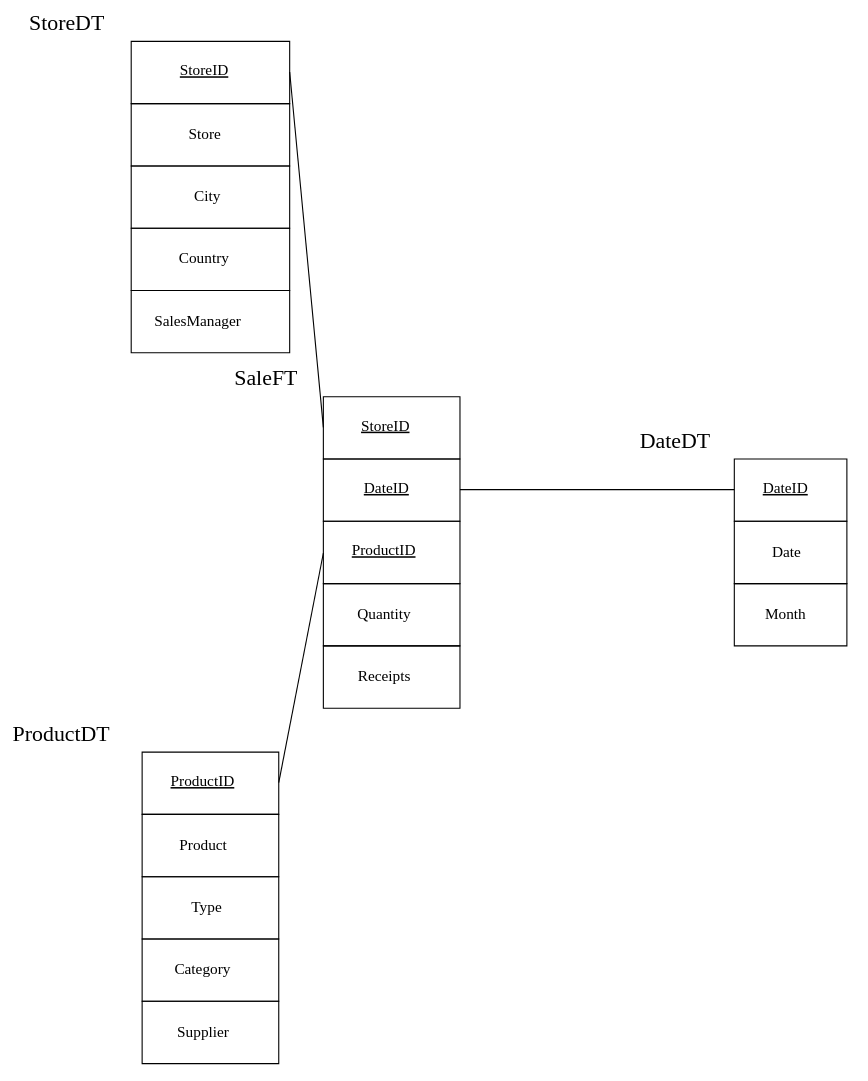
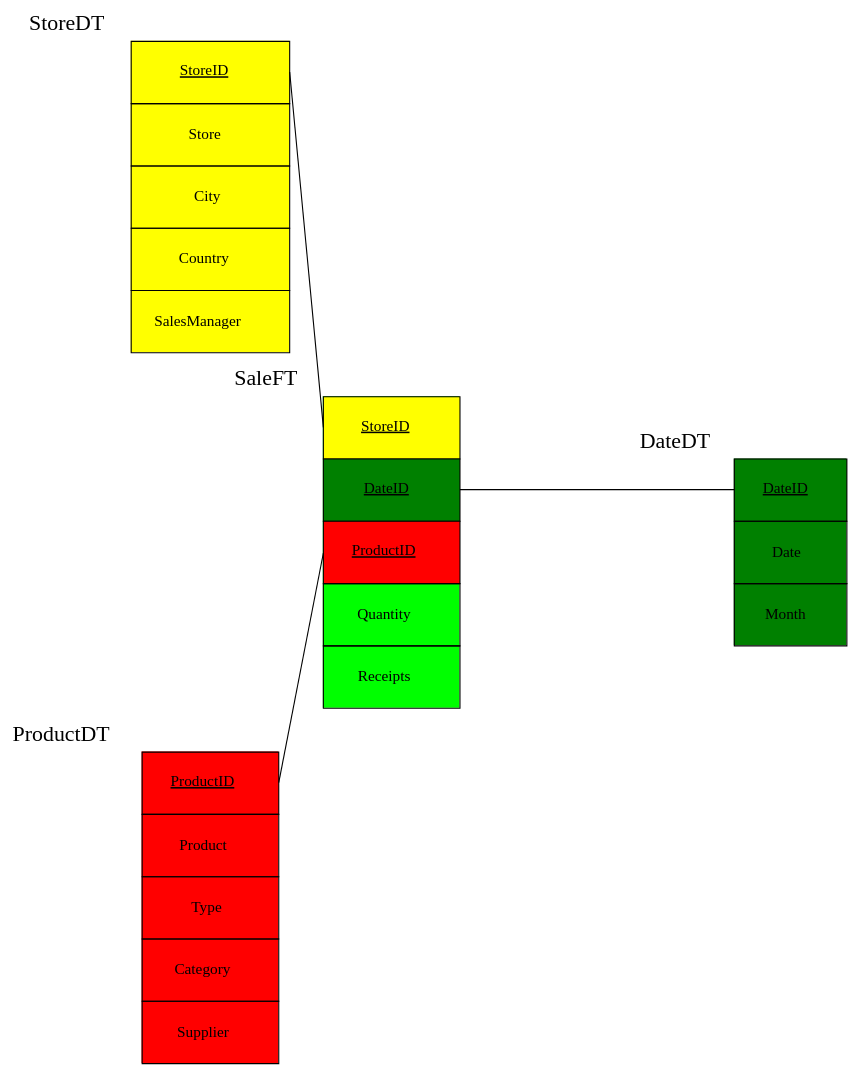
Before and after one commit to leonardogonfiantini/bubbly: the diagram in cmd/gen/dot.dot, drawn with Graphviz. The commit also changed 4 other files, not shown here.

Commit message:
star diagram completed

```diff
--- a/cmd/gen/dot.dot
+++ b/cmd/gen/dot.dot
@@ -1,11 +1,11 @@
 digraph G {
 	layout="circo";
 	SaleFT:DateID->DateDT:DateID[ arrowhead=none ];
 	SaleFT:StoreID->StoreDT:StoreID[ arrowhead=none ];
 	SaleFT:ProductID->ProductDT:ProductID[ arrowhead=none ];
-	DateDT [ label=<<table border="0" cellborder="1" cellspacing="0" cellpadding="20"><tr> <td port="DateID"> <u>DateID</u> </td> </tr><tr> <td port="Date">Date</td> </tr><tr> <td port="Month">Month</td> </tr></table>>, root=true, shape=plaintext, xlabel=<<font point-size="20">DateDT</font>> ];
-	ProductDT [ label=<<table border="0" cellborder="1" cellspacing="0" cellpadding="20"><tr> <td port="ProductID"> <u>ProductID</u> </td> </tr><tr> <td port="Product">Product</td> </tr><tr> <td port="Type">Type</td> </tr><tr> <td port="Category">Category</td> </tr><tr> <td port="Supplier">Supplier</td> </tr></table>>, root=true, shape=plaintext, xlabel=<<font point-size="20">ProductDT</font>> ];
-	SaleFT [ label=<<table border="0" cellborder="1" cellspacing="0" cellpadding="20"><tr> <td port="StoreID"> <u>StoreID</u> </td> </tr><tr> <td port="DateID"> <u>DateID</u> </td> </tr><tr> <td port="ProductID"> <u>ProductID</u> </td> </tr><tr> <td port="Quantity">Quantity</td> </tr><tr> <td port="Receipts">Receipts</td> </tr></table>>, root=true, shape=plaintext, xlabel=<<font point-size="20">SaleFT</font>> ];
-	StoreDT [ label=<<table border="0" cellborder="1" cellspacing="0" cellpadding="20"><tr> <td port="StoreID"> <u>StoreID</u> </td> </tr><tr> <td port="Store">Store</td> </tr><tr> <td port="City">City</td> </tr><tr> <td port="Country">Country</td> </tr><tr> <td port="SalesManager">SalesManager</td> </tr></table>>, root=true, shape=plaintext, xlabel=<<font point-size="20">StoreDT</font>> ];
+	DateDT [ label=<<table border="0" bgcolor="green" cellborder="1" cellspacing="0" cellpadding="20"><tr> <td bgcolor="green" port="DateID"> <u>DateID</u> </td> </tr><tr> <td port="Date">Date</td> </tr><tr> <td port="Month">Month</td> </tr></table>>, root=true, shape=plaintext, xlabel=<<font point-size="20">DateDT</font>> ];
+	ProductDT [ label=<<table border="0" bgcolor="red" cellborder="1" cellspacing="0" cellpadding="20"><tr> <td bgcolor="red" port="ProductID"> <u>ProductID</u> </td> </tr><tr> <td port="Product">Product</td> </tr><tr> <td port="Type">Type</td> </tr><tr> <td port="Category">Category</td> </tr><tr> <td port="Supplier">Supplier</td> </tr></table>>, root=true, shape=plaintext, xlabel=<<font point-size="20">ProductDT</font>> ];
+	SaleFT [ label=<<table border="0" bgcolor="lime" cellborder="1" cellspacing="0" cellpadding="20"><tr> <td bgcolor="yellow" port="StoreID"> <u>StoreID</u> </td> </tr><tr> <td bgcolor="green" port="DateID"> <u>DateID</u> </td> </tr><tr> <td bgcolor="red" port="ProductID"> <u>ProductID</u> </td> </tr><tr> <td port="Quantity">Quantity</td> </tr><tr> <td port="Receipts">Receipts</td> </tr></table>>, root=true, shape=plaintext, xlabel=<<font point-size="20">SaleFT</font>> ];
+	StoreDT [ label=<<table border="0" bgcolor="yellow" cellborder="1" cellspacing="0" cellpadding="20"><tr> <td bgcolor="yellow" port="StoreID"> <u>StoreID</u> </td> </tr><tr> <td port="Store">Store</td> </tr><tr> <td port="City">City</td> </tr><tr> <td port="Country">Country</td> </tr><tr> <td port="SalesManager">SalesManager</td> </tr></table>>, root=true, shape=plaintext, xlabel=<<font point-size="20">StoreDT</font>> ];
 
 }
```
